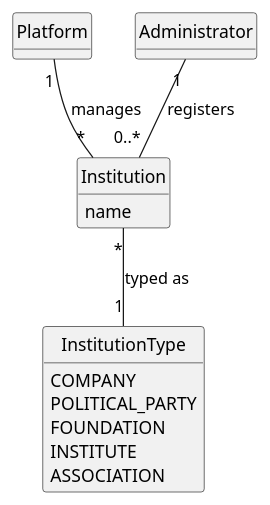
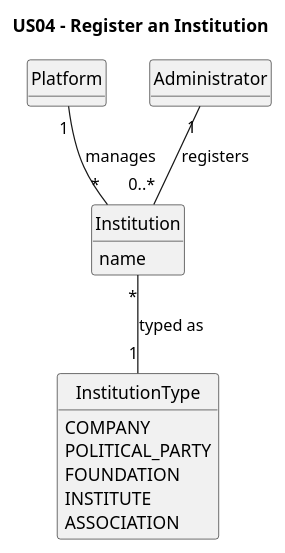
The diagram in docs/system-documentation/US04/02.analysis/puml/US04-DM.puml (Departamento-de-Engenharia-Informatica/sem2-pi-25-26-g096-repo), drawn with PlantUML before and after one commit. The commit also changed 11 other files, not shown here.

```diff
--- a/docs/system-documentation/US04/02.analysis/puml/US04-DM.puml
+++ b/docs/system-documentation/US04/02.analysis/puml/US04-DM.puml
@@ -1,31 +1,32 @@
 @startuml
+title US04 - Register an Institution
 skinparam monochrome true
 skinparam packageStyle rectangle
 skinparam shadowing false
 skinparam classAttributeIconSize 0
 hide circle
 hide methods
 
 class Platform {
 }
 
 class Administrator {
 }
 
 class Institution {
     name
 }
 
 enum InstitutionType {
     COMPANY
     POLITICAL_PARTY
     FOUNDATION
     INSTITUTE
     ASSOCIATION
 }
 
 Platform "1" -- "*" Institution : manages
 Administrator "1" -- "0..*" Institution : registers
 Institution "*" -- "1" InstitutionType : typed as
 
 @enduml
```
